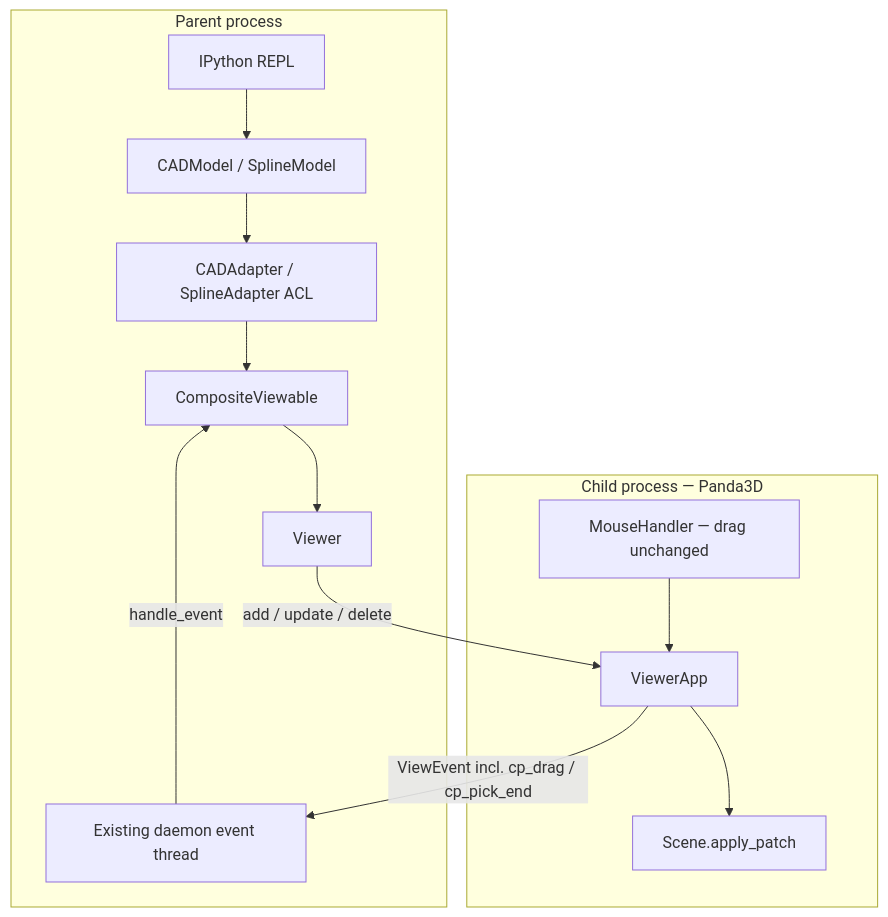
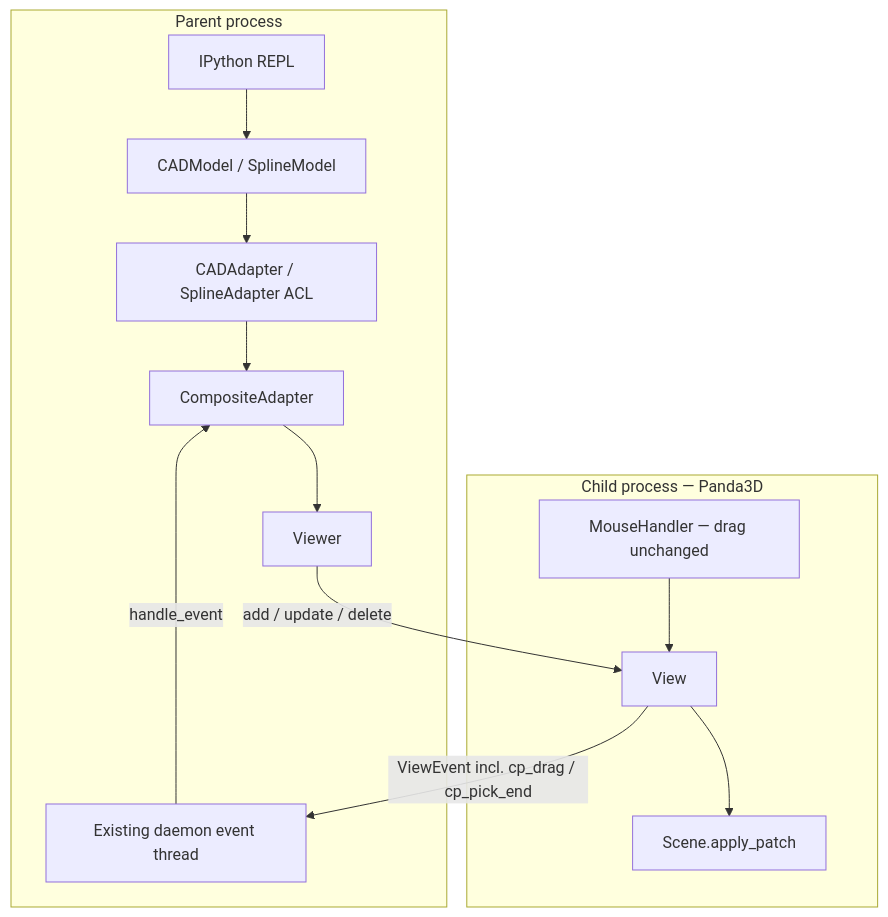
One commit to LIHPC-Computational-Geometry/bot changed the diagram in doc/architecture.md. Above: the diagram before and after it, drawn with Mermaid. The commit also changed 12 other files, not shown here.

Commit message:
style: change files name and class name Iviewable CompositeViewable ViewerApp viewable.py and app.py

````diff
--- a/doc/architecture.md
+++ b/doc/architecture.md
@@ -15,25 +15,25 @@
 ```mermaid
 flowchart TB
     subgraph Parent["Parent process"]
         REPL["IPython REPL"]
         EventThread["Existing daemon event thread"]
         Models["CADModel / SplineModel"]
         Adapters["CADAdapter / SplineAdapter ACL"]
-        Composite["CompositeViewable"]
+        Composite["CompositeAdapter"]
         Viewer["Viewer"]
         REPL --> Models
         Models --> Adapters --> Composite --> Viewer
         EventThread -->|"handle_event"| Composite
     end
 
     subgraph Child["Child process — Panda3D"]
-        App["ViewerApp"]
+        App["View"]
         Scene["Scene.apply_patch"]
         Mouse["MouseHandler — drag unchanged"]
         Mouse --> App
         App --> Scene
     end
 
     Viewer -->|"add / update / delete"| App
     App -->|"ViewEvent incl. cp_drag / cp_pick_end"| EventThread
 ```
````
